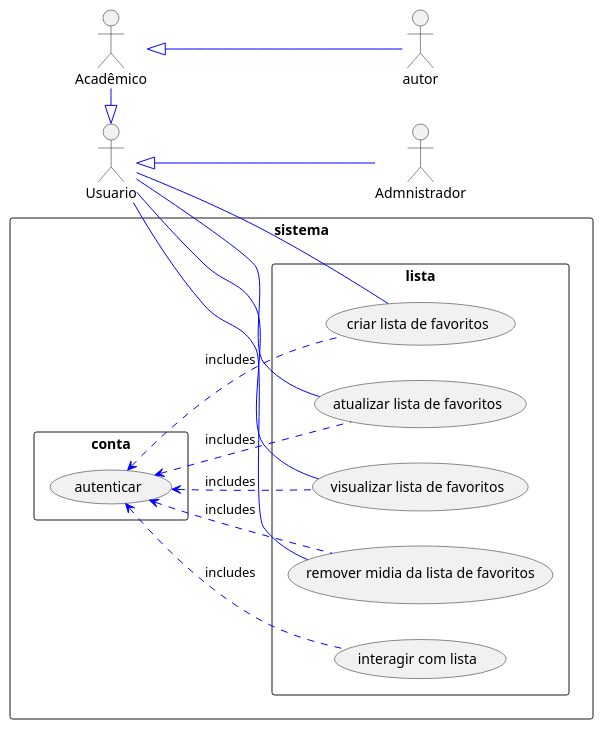
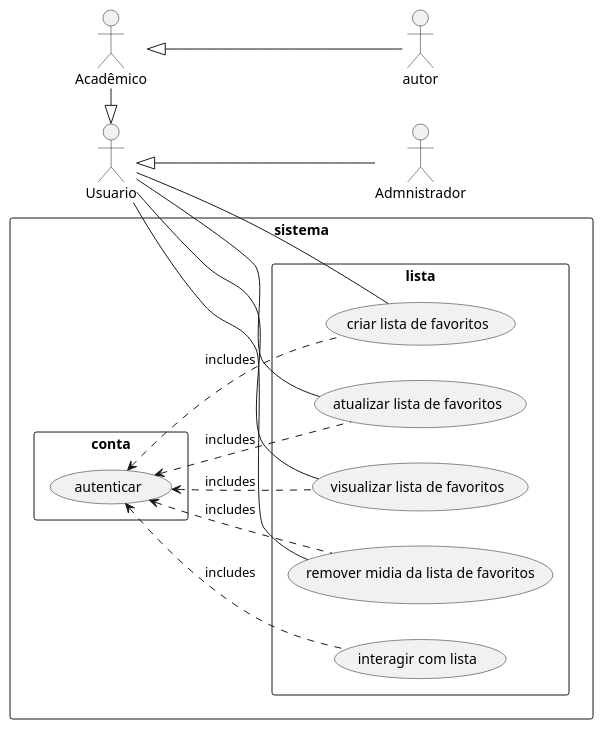
The diagram in use-case/diagrams/lista.iuml (arielazzi/desenvolvimento-de-software-I), drawn with PlantUML before and after one commit. The commit also changed 11 other files, not shown here.

Commit message:
README.md diagramas de casos de uso

```diff
--- a/use-case/diagrams/lista.iuml
+++ b/use-case/diagrams/lista.iuml
@@ -1,35 +1,33 @@
 @startuml lista
 
 left to right direction
-
-skinparam ArrowColor Blue
 
 :Usuario: as usuario
 :Acadêmico: as academico
 :Admnistrador: as admnistrador
 
 academico <|-- autor
 usuario <|-left- academico
 usuario <|-down- admnistrador
 
 rectangle sistema {
     rectangle conta {
         (autenticar)
     }
     rectangle lista {
         usuario -- (criar lista de favoritos)
         usuario -- (visualizar lista de favoritos) 
         usuario -- (atualizar lista de favoritos) 
         usuario -- (remover midia da lista de favoritos) 
 
         (autenticar) <.. (interagir com lista) : includes
 
         (autenticar) <.. (criar lista de favoritos) : includes
         (autenticar) <.. (visualizar lista de favoritos) : includes
         (autenticar) <.. (atualizar lista de favoritos) : includes
         (autenticar) <.. (remover midia da lista de favoritos) : includes
 
     }
 }
 
 @enduml
```
